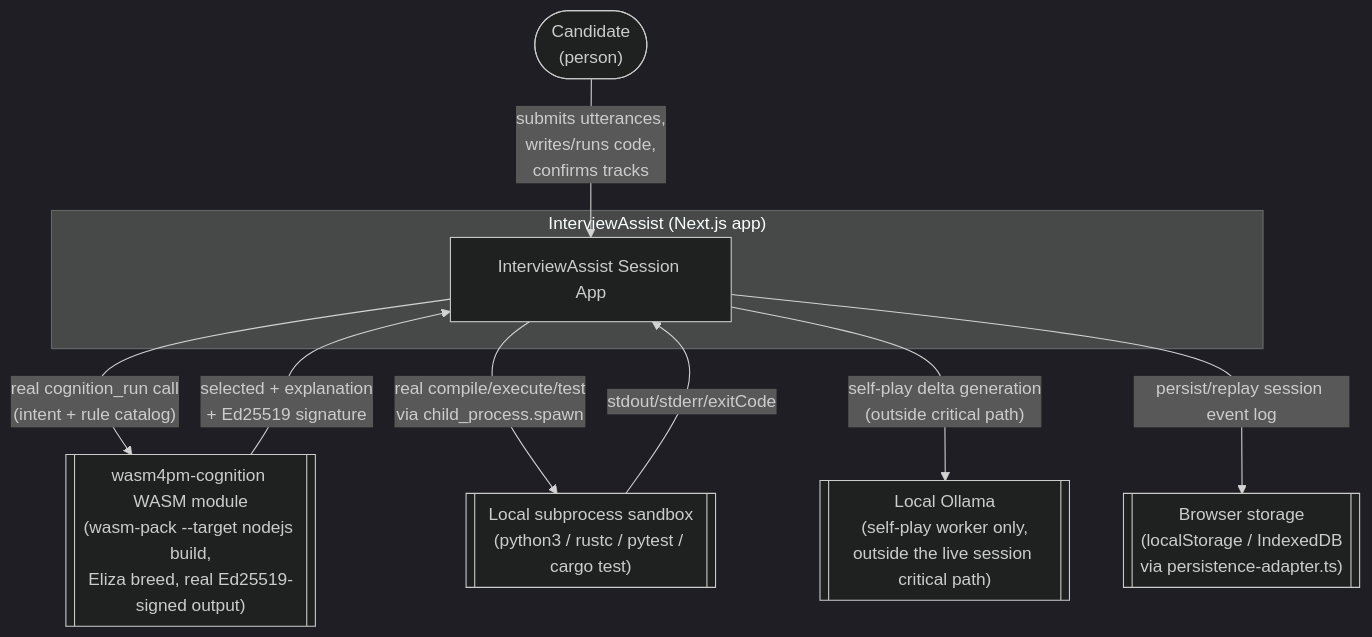
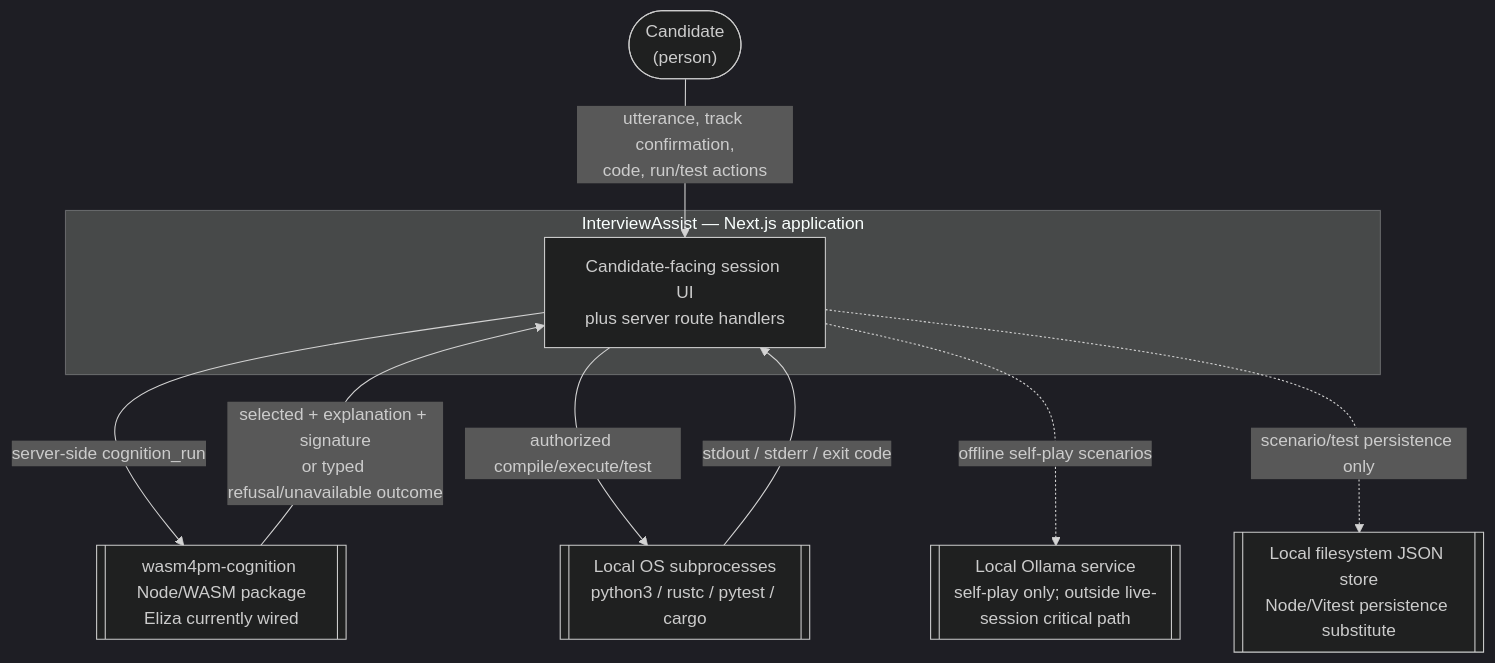
One commit to seanchatmangpt/wasm4pm changed the diagram in docs/diagrams/c4-context.md. Above: the diagram before and after it, drawn with Mermaid (dark theme). The commit also changed other lines of this file, not shown here.

Commit message:
docs: correct InterviewAssist system context

````diff
--- a/docs/diagrams/c4-context.md
+++ b/docs/diagrams/c4-context.md
@@ -7,21 +15,21 @@
 ```mermaid
 flowchart TB
     Candidate(["Candidate<br/>(person)"])
 
-    subgraph System["InterviewAssist (Next.js app)"]
-        App["InterviewAssist Session App"]
+    subgraph System["InterviewAssist — Next.js application"]
+        App["Candidate-facing session UI<br/>plus server route handlers"]
     end
 
-    Cognition[["wasm4pm-cognition WASM module<br/>(wasm-pack --target nodejs build,<br/>Eliza breed, real Ed25519-signed output)"]]
-    Sandbox[["Local subprocess sandbox<br/>(python3 / rustc / pytest / cargo test)"]]
-    Ollama[["Local Ollama<br/>(self-play worker only,<br/>outside the live session critical path)"]]
-    Storage[["Browser storage<br/>(localStorage / IndexedDB<br/>via persistence-adapter.ts)"]]
+    Cognition[["wasm4pm-cognition Node/WASM package<br/>Eliza currently wired"]]
+    Sandbox[["Local OS subprocesses<br/>python3 / rustc / pytest / cargo"]]
+    Ollama[["Local Ollama service<br/>self-play only; outside live-session critical path"]]
+    NodeFs[["Local filesystem JSON store<br/>Node/Vitest persistence substitute"]]
 
-    Candidate -->|"submits utterances,<br/>writes/runs code,<br/>confirms tracks"| App
-    App -->|"real cognition_run call<br/>(intent + rule catalog)"| Cognition
-    Cognition -->|"selected + explanation<br/>+ Ed25519 signature"| App
-    App -->|"real compile/execute/test<br/>via child_process.spawn"| Sandbox
-    Sandbox -->|"stdout/stderr/exitCode"| App
-    App -->|"self-play delta generation<br/>(outside critical path)"| Ollama
-    App -->|"persist/replay session event log"| Storage
+    Candidate -->|"utterance, track confirmation,<br/>code, run/test actions"| App
+    App -->|"server-side cognition_run"| Cognition
+    Cognition -->|"selected + explanation + signature<br/>or typed refusal/unavailable outcome"| App
+    App -->|"authorized compile/execute/test"| Sandbox
+    Sandbox -->|"stdout / stderr / exit code"| App
+    App -.->|"offline self-play scenarios"| Ollama
+    App -.->|"scenario/test persistence only"| NodeFs
 ```
````
